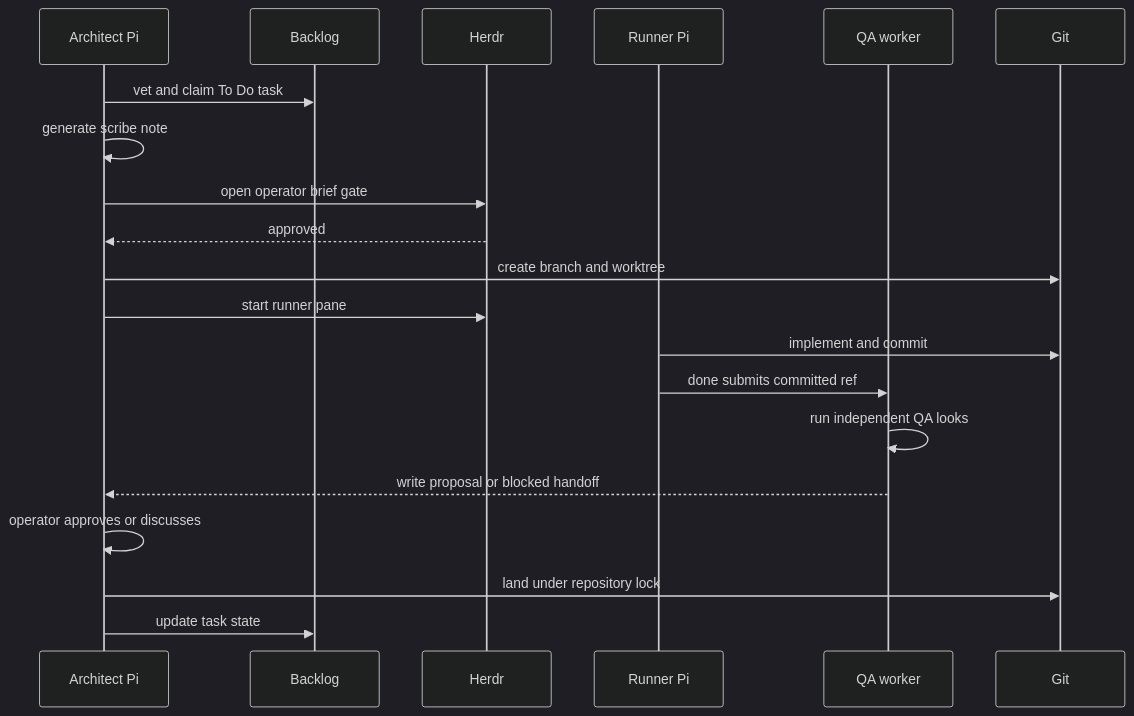
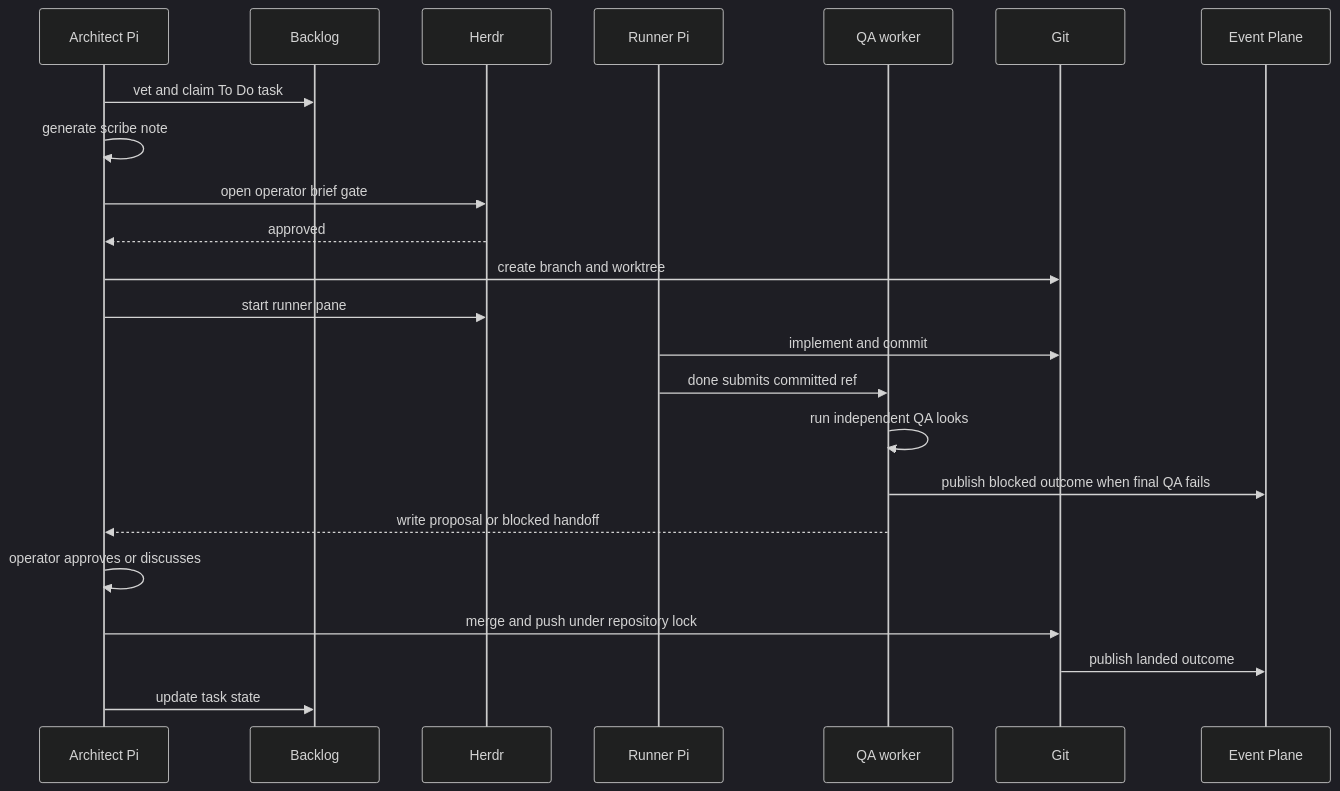
Before and after one commit to hypermemetic-ai/qq: the second of 2 diagrams in architecture/overview.md, drawn with Mermaid (dark theme). The commit also changed other lines of this file and 9 other files, not shown here.

````diff
--- a/architecture/overview.md
+++ b/architecture/overview.md
@@ -47,22 +47,25 @@
 ```mermaid
 sequenceDiagram
     participant A as Architect Pi
     participant B as Backlog
     participant H as Herdr
     participant R as Runner Pi
     participant Q as QA worker
     participant G as Git
+    participant E as Event Plane
     A->>B: vet and claim To Do task
     A->>A: generate scribe note
     A->>H: open operator brief gate
     H-->>A: approved
     A->>G: create branch and worktree
     A->>H: start runner pane
     R->>G: implement and commit
     R->>Q: done submits committed ref
     Q->>Q: run independent QA looks
+    Q->>E: publish blocked outcome when final QA fails
     Q-->>A: write proposal or blocked handoff
     A->>A: operator approves or discusses
-    A->>G: land under repository lock
+    A->>G: merge and push under repository lock
+    G->>E: publish landed outcome
     A->>B: update task state
 ```
````
